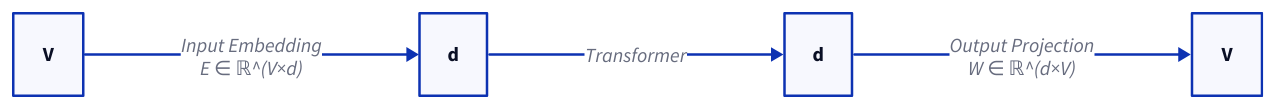
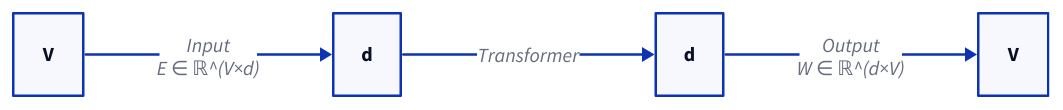
The diagram in images/bpe-to-embedding/embedding-projection-dims.d2 (111qqz/111qqz.github.io), drawn with D2 before and after one commit. The commit also changed 71 other files, not shown here.

Commit message:
feat(diagrams): 处理 40-60% 中危配图，拆分 Overcommit 长链路并统一纵向/分阶段标准 111qqz/hugo-blog@6840c12ec7ae768c5e458013c75df5e0ce0c43e6

```diff
--- a/images/bpe-to-embedding/embedding-projection-dims.d2
+++ b/images/bpe-to-embedding/embedding-projection-dims.d2
@@ -1,10 +1,10 @@
 direction: right
 
 V1: V
 D1: d
 D2: d
 V2: V
 
-V1 -> D1: "Input Embedding\nE ∈ ℝ^(V×d)"
+V1 -> D1: "Input\nE ∈ ℝ^(V×d)"
 D1 -> D2: Transformer
-D2 -> V2: "Output Projection\nW ∈ ℝ^(d×V)"
+D2 -> V2: "Output\nW ∈ ℝ^(d×V)"
```
